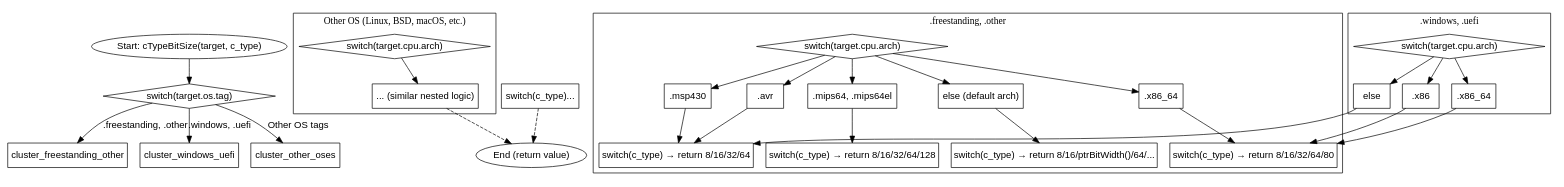
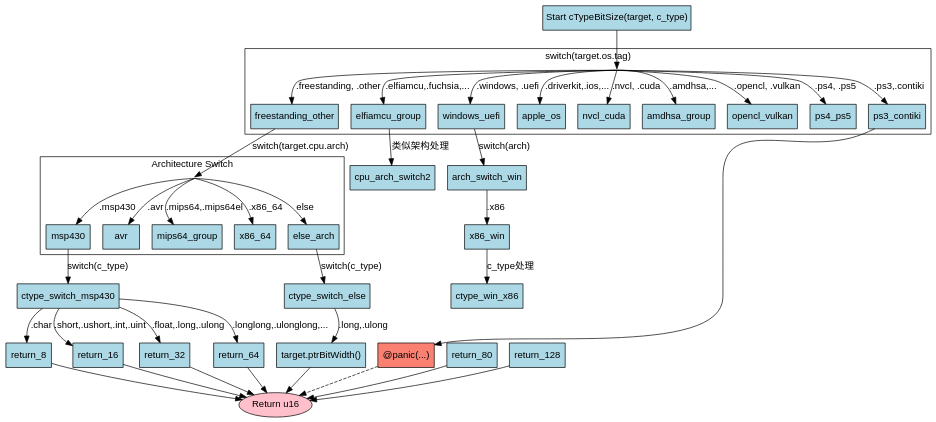
One commit to sdzx-1/deepseek-zig-reader changed the diagram in dot_std/Target.zig.cTypeBitSize.md. Above: the diagram before and after it, drawn with Graphviz. The commit also changed other lines of this file and 236 other files, not shown here.

````diff
--- a/dot_std/Target.zig.cTypeBitSize.md
+++ b/dot_std/Target.zig.cTypeBitSize.md
@@ -35,67 +18,77 @@
 ```dot
 digraph flowchart {
-    node [shape=rectangle, fontname="Arial"];
+    graph [bgcolor=transparent, fontname="Arial"];
+    node [shape=rectangle, style=filled, fillcolor="lightblue", fontname="Arial"];
     edge [fontname="Arial"];
-    start [label="Start: cTypeBitSize(target, c_type)", shape=ellipse];
-    end [label="End (return value)", shape=ellipse];
 
-    // 第一层：操作系统判断
-    os_tag [label="switch(target.os.tag)", shape=diamond];
-    start -> os_tag;
+    start [label="Start cTypeBitSize(target, c_type)"];
+    end [label="Return u16", shape=ellipse, fillcolor="pink"];
+    panic [label="@panic(...)", fillcolor="salmon"];
 
-    // 主要分支
-    subgraph cluster_freestanding_other {
-        label=".freestanding, .other";
-        freestanding_other_cpu [label="switch(target.cpu.arch)", shape=diamond];
-        msp430 [label=".msp430"];
-        avr [label=".avr"];
-        mips64 [label=".mips64, .mips64el"];
-        x86_64 [label=".x86_64"];
-        default_arch [label="else (default arch)"];
-
-        freestanding_other_cpu -> msp430;
-        freestanding_other_cpu -> avr;
-        freestanding_other_cpu -> mips64;
-        freestanding_other_cpu -> x86_64;
-        freestanding_other_cpu -> default_arch;
-
-        // 处理每个 CPU 架构的 c_type
-        msp430 -> "switch(c_type) → return 8/16/32/64";
-        avr -> "switch(c_type) → return 8/16/32/64";
-        mips64 -> "switch(c_type) → return 8/16/32/64/128";
-        x86_64 -> "switch(c_type) → return 8/16/32/64/80";
-        default_arch -> "switch(c_type) → return 8/16/ptrBitWidth()/64/...";
+    start -> os_tag_switch;
+    
+    subgraph cluster_os_tag {
+        label="switch(target.os.tag)";
+        os_tag_switch [shape=point, width=0];
+        os_tag_switch -> freestanding_other [label=".freestanding, .other"];
+        os_tag_switch -> elfiamcu_group [label=".elfiamcu,.fuchsia,..."];
+        os_tag_switch -> windows_uefi [label=".windows, .uefi"];
+        os_tag_switch -> apple_os [label=".driverkit,.ios,..."];
+        os_tag_switch -> nvcl_cuda [label=".nvcl, .cuda"];
+        os_tag_switch -> amdhsa_group [label=".amdhsa,..."];
+        os_tag_switch -> opencl_vulkan [label=".opencl, .vulkan"];
+        os_tag_switch -> ps4_ps5 [label=".ps4, .ps5"];
+        os_tag_switch -> ps3_contiki [label=".ps3,.contiki"];
     }
 
-    subgraph cluster_windows_uefi {
-        label=".windows, .uefi";
-        windows_uefi_cpu [label="switch(target.cpu.arch)", shape=diamond];
-        x86 [label=".x86"];
-        x86_64_win [label=".x86_64"];
-        default_arch_win [label="else"];
-
-        windows_uefi_cpu -> x86;
-        windows_uefi_cpu -> x86_64_win;
-        windows_uefi_cpu -> default_arch_win;
-
-        x86 -> "switch(c_type) → return 8/16/32/64/80";
-        x86_64_win -> "switch(c_type) → return 8/16/32/64/80";
-        default_arch_win -> "switch(c_type) → return 8/16/32/64";
+    // 第一主分支：Freestanding/Other
+    freestanding_other -> cpu_arch_switch1 [label="switch(target.cpu.arch)"];
+    
+    subgraph cluster_arch1 {
+        label="Architecture Switch";
+        cpu_arch_switch1 [shape=point, width=0];
+        cpu_arch_switch1 -> msp430 [label=".msp430"];
+        cpu_arch_switch1 -> avr [label=".avr"];
+        cpu_arch_switch1 -> mips64_group [label=".mips64,.mips64el"];
+        cpu_arch_switch1 -> x86_64 [label=".x86_64"];
+        cpu_arch_switch1 -> else_arch [label="else"];
     }
 
-    subgraph cluster_other_oses {
-        label="Other OS (Linux, BSD, macOS, etc.)";
-        other_os_cpu [label="switch(target.cpu.arch)", shape=diamond];
-        other_os_cpu -> "... (similar nested logic)";
-    }
+    // MSP430处理
+    msp430 -> ctype_switch_msp430 [label="switch(c_type)"];
+    ctype_switch_msp430 -> return_8 [label=".char"];
+    ctype_switch_msp430 -> return_16 [label=".short,.ushort,.int,.uint"];
+    ctype_switch_msp430 -> return_32 [label=".float,.long,.ulong"];
+    ctype_switch_msp430 -> return_64 [label=".longlong,.ulonglong,..."];
 
-    // 连接主分支
-    os_tag -> cluster_freestanding_other [label=".freestanding, .other"];
-    os_tag -> cluster_windows_uefi [label=".windows, .uefi"];
-    os_tag -> cluster_other_oses [label="Other OS tags"];
+    // ...其他架构类似处理...
 
-    // 统一指向结束节点
-    "switch(c_type)..." -> end [style=dashed];
-    "... (similar nested logic)" -> end [style=dashed];
+    // Else分支的指针宽度处理
+    else_arch -> ctype_switch_else [label="switch(c_type)"];
+    ctype_switch_else -> return_ptr_width [label=".long,.ulong"];
+    return_ptr_width [label="target.ptrBitWidth()"];
+
+    // 第二主分支：ELFIAMCU等系统
+    elfiamcu_group -> cpu_arch_switch2 [label="类似架构处理"];
+    // ...类似结构...
+
+    // Windows/UEFI分支
+    windows_uefi -> arch_switch_win [label="switch(arch)"];
+    arch_switch_win -> x86_win [label=".x86"];
+    x86_win -> ctype_win_x86 [label="c_type处理"];
+    // ...其他架构处理...
+
+    // 特殊平台处理
+    ps3_contiki -> panic;
+
+    // 连接终止节点
+    return_8 -> end;
+    return_16 -> end;
+    return_32 -> end;
+    return_64 -> end;
+    return_80 -> end;
+    return_128 -> end;
+    return_ptr_width -> end;
+    panic -> end [style=dashed];
 }
-```
+``` 
````
